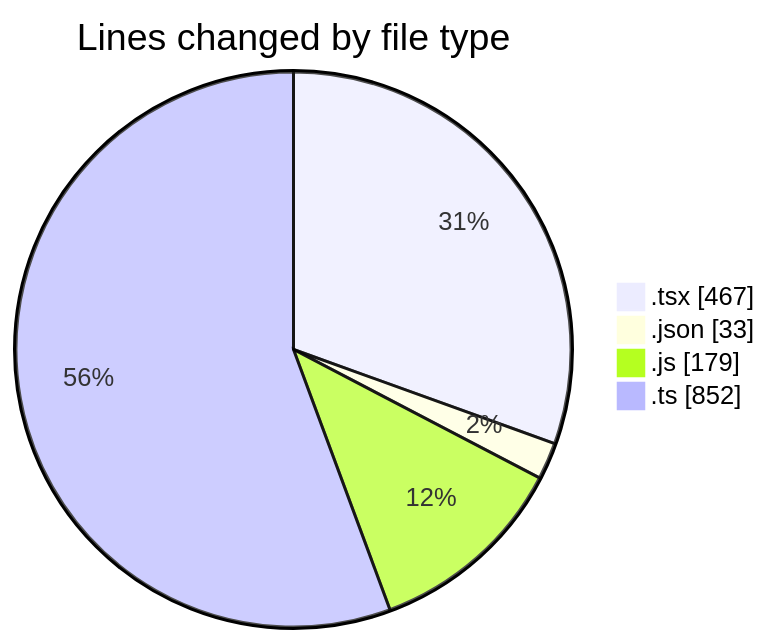
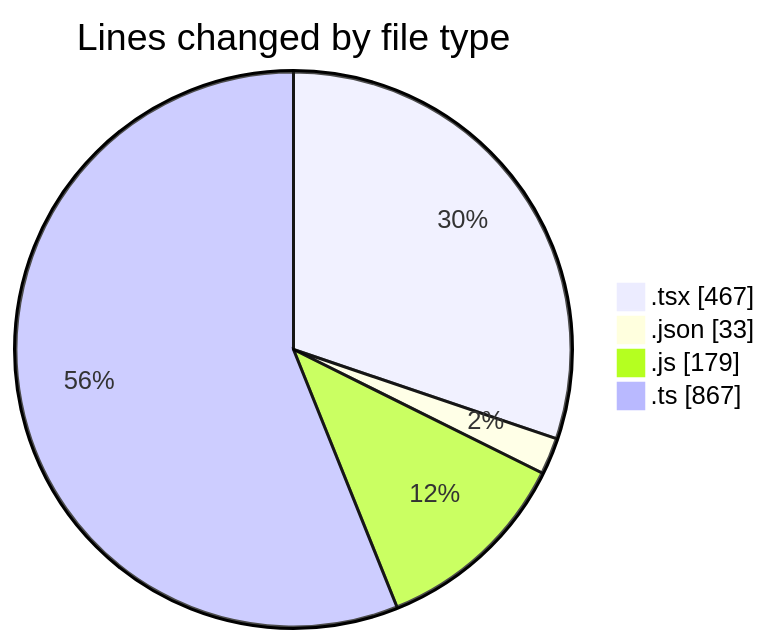
One commit to robertbonfada/code-tracking changed the first of 2 diagrams in 2025-01-28/mbc-web/README.md. Above: the diagram before and after it, drawn with Mermaid. The commit also changed other lines of this file and 1 other file, not shown here.

````diff
--- a/2025-01-28/mbc-web/README.md
+++ b/2025-01-28/mbc-web/README.md
@@ -24,8 +24,8 @@
 ```mermaid
 pie showData
 title Lines changed by file type
 ".tsx" : 467
 ".json" : 33
 ".js" : 179
-".ts" : 852
+".ts" : 867
 ```
````
